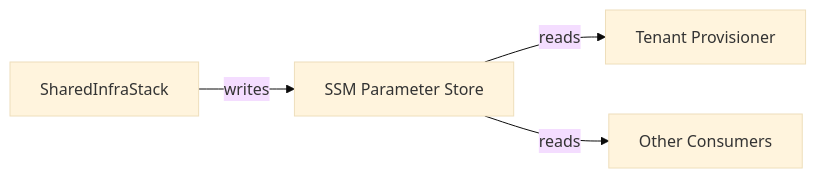
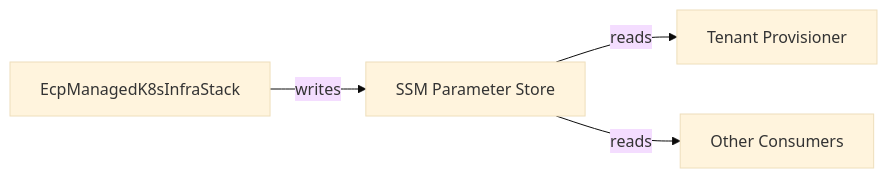
One commit to codriverlabs/express-compute-managed-k8s-infra changed the diagram in .agents/summary/interfaces.md. Above: the diagram before and after it, drawn with Mermaid (base theme). The commit also changed other lines of this file and 9 other files, not shown here.

````diff
--- a/.agents/summary/interfaces.md
+++ b/.agents/summary/interfaces.md
@@ -7,6 +32,6 @@
 ```mermaid
 graph LR
-    STACK["SharedInfraStack"] -->|writes| SSM["SSM Parameter Store"]
+    STACK["EcpManagedK8sInfraStack"] -->|writes| SSM["SSM Parameter Store"]
     SSM -->|reads| TENANT["Tenant Provisioner"]
     SSM -->|reads| OTHER["Other Consumers"]
 ```
````
